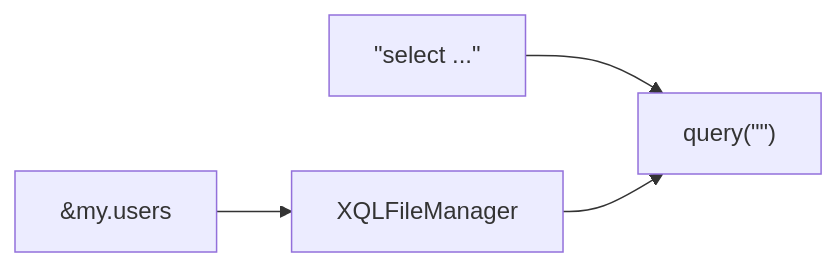
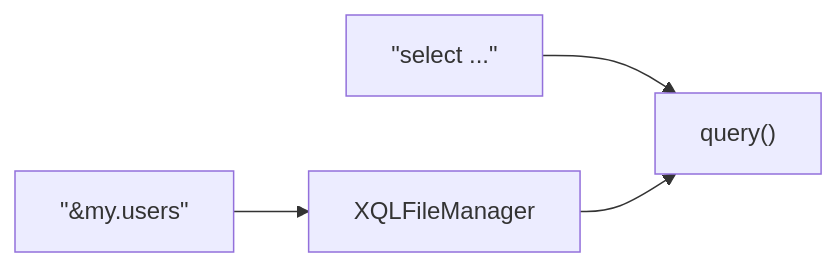
The first of 2 diagrams in README.chs.md (chengyuxing/rabbit-sql), drawn with Mermaid before and after one commit. The commit also changed other lines of this file and 3 other files, not shown here.

````diff
--- a/README.chs.md
+++ b/README.chs.md
@@ -77,7 +77,7 @@
 ```mermaid
 flowchart LR;
-A["#quot;select ...#quot;"] --> Baki["query(#quot;#quot;)"];
-B[&my.users] --> X[XQLFileManager];
+A[#quot;select ...#quot;] --> Baki["query()"];
+B[#quot;&my.users#quot;] --> X[XQLFileManager];
 X --> Baki;
 click X href "#XQLFileManager" "go to defenition"
 ```
````
